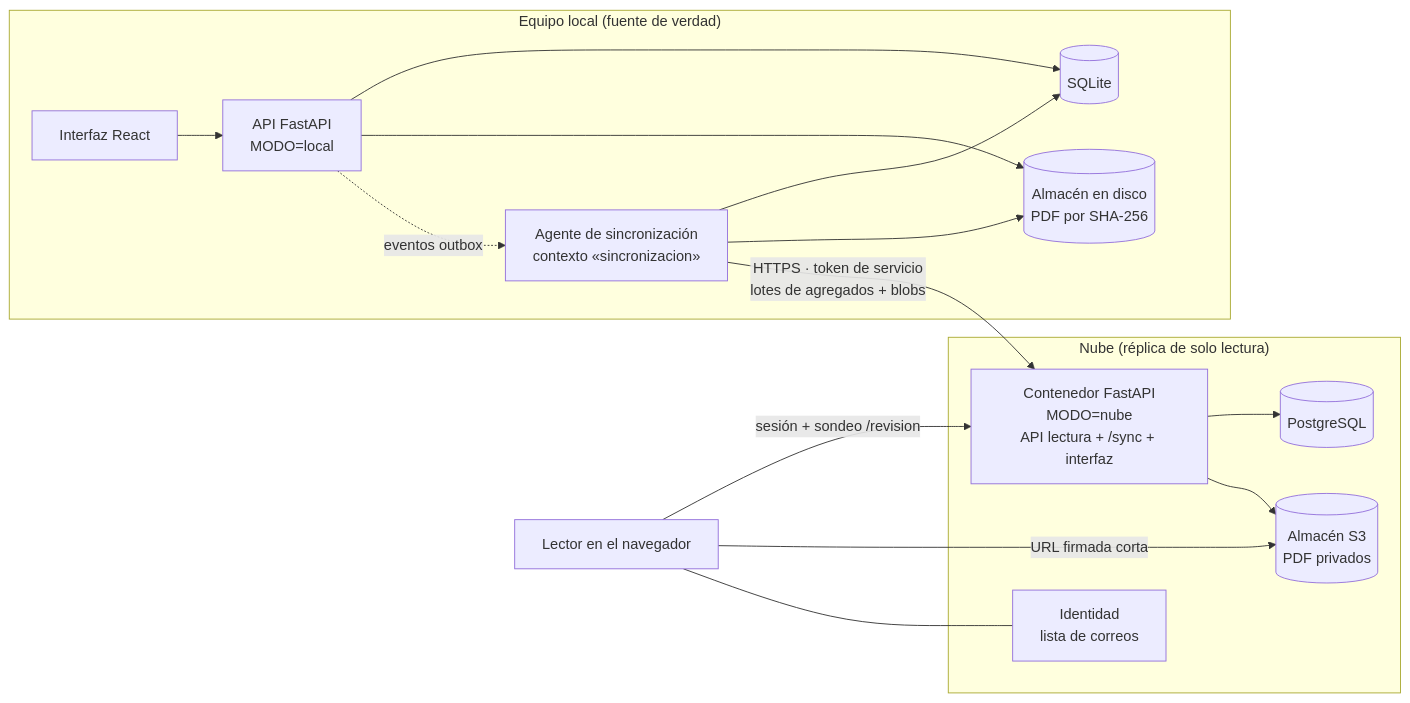
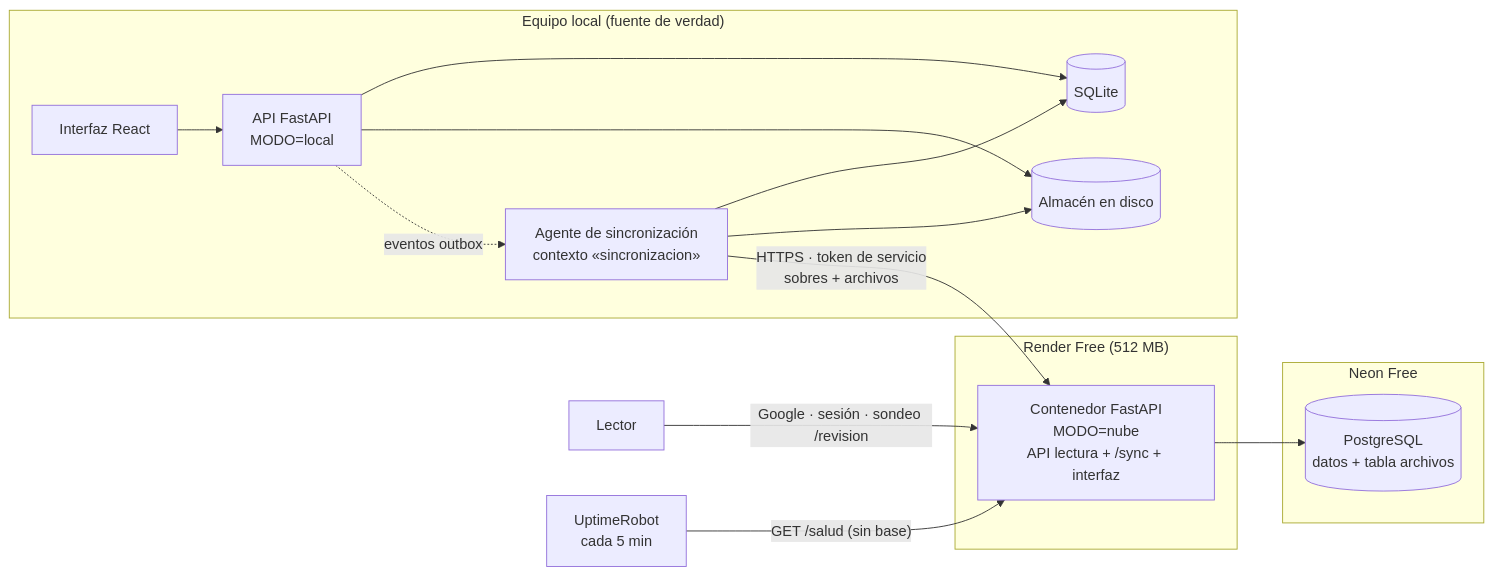
Before and after one commit to Zann181/calificar: the diagram in extractor-matriz/docs/PLAN_NUBE_SINCRONIZACION.md, drawn with Mermaid. The commit also changed other lines of this file and 19 other files, not shown here.

First line of the commit message:
Fase 0 de la nube de solo lectura: PostgreSQL, modo nube y archivos en la base

````diff
--- a/extractor-matriz/docs/PLAN_NUBE_SINCRONIZACION.md
+++ b/extractor-matriz/docs/PLAN_NUBE_SINCRONIZACION.md
@@ -46,21 +87,21 @@
 ```mermaid
 flowchart LR
   subgraph Local["Equipo local (fuente de verdad)"]
     UI1[Interfaz React] --> API1[API FastAPI<br/>MODO=local]
     API1 --> DB1[(SQLite)]
-    API1 --> FS[(Almacén en disco<br/>PDF por SHA-256)]
+    API1 --> FS[(Almacén en disco)]
     API1 -. eventos outbox .-> AG[Agente de sincronización<br/>contexto «sincronizacion»]
     AG --> DB1
     AG --> FS
   end
-  subgraph Nube["Nube (réplica de solo lectura)"]
+  subgraph Render["Render Free (512 MB)"]
     API2[Contenedor FastAPI<br/>MODO=nube<br/>API lectura + /sync + interfaz]
-    API2 --> DB2[(PostgreSQL)]
-    API2 --> OBJ[(Almacén S3<br/>PDF privados)]
-    IDP[Identidad<br/>lista de correos]
   end
-  AG -- "HTTPS · token de servicio<br/>lotes de agregados + blobs" --> API2
-  V[Lector en el navegador] -- "sesión + sondeo /revision" --> API2
-  V -- "URL firmada corta" --> OBJ
-  V --- IDP
+  subgraph Neon["Neon Free"]
+    DB2[(PostgreSQL<br/>datos + tabla archivos)]
+  end
+  AG -- "HTTPS · token de servicio<br/>sobres + archivos" --> API2
+  API2 --> DB2
+  V[Lector] -- "Google · sesión · sondeo /revision" --> API2
+  UP[UptimeRobot<br/>cada 5 min] -- "GET /salud (sin base)" --> API2
 ```
````
